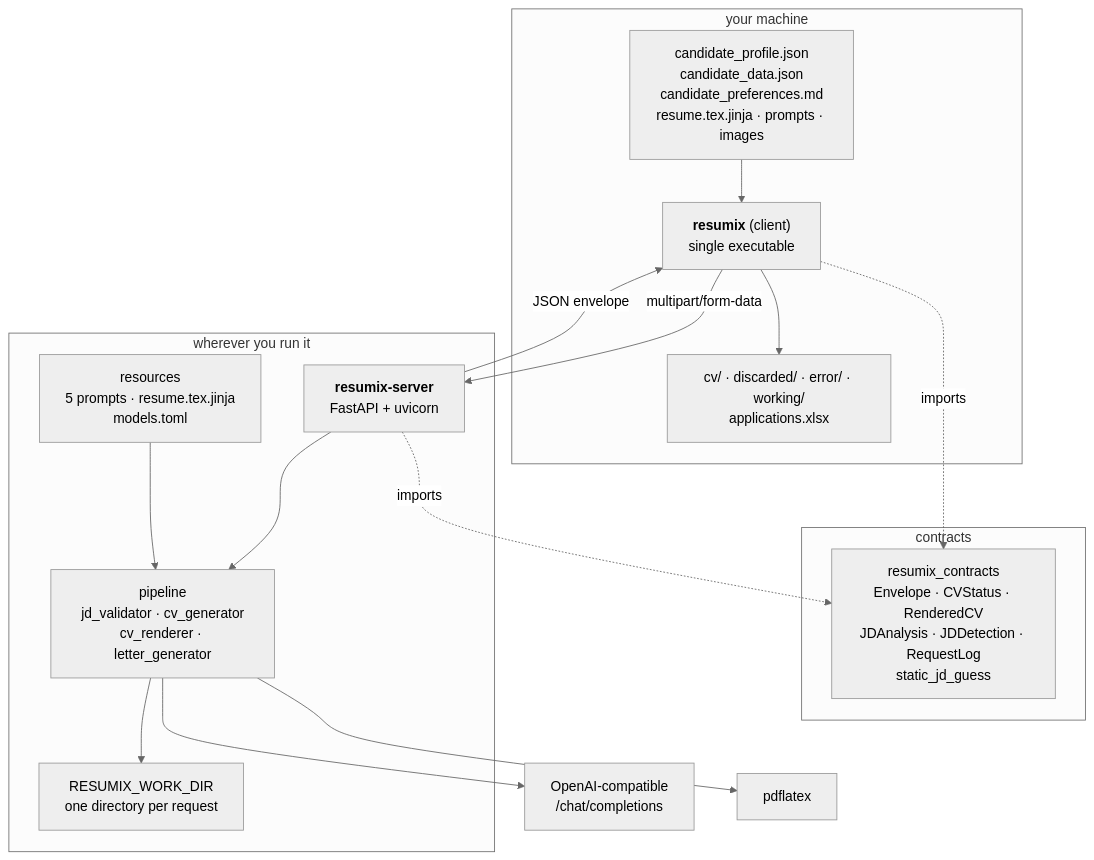
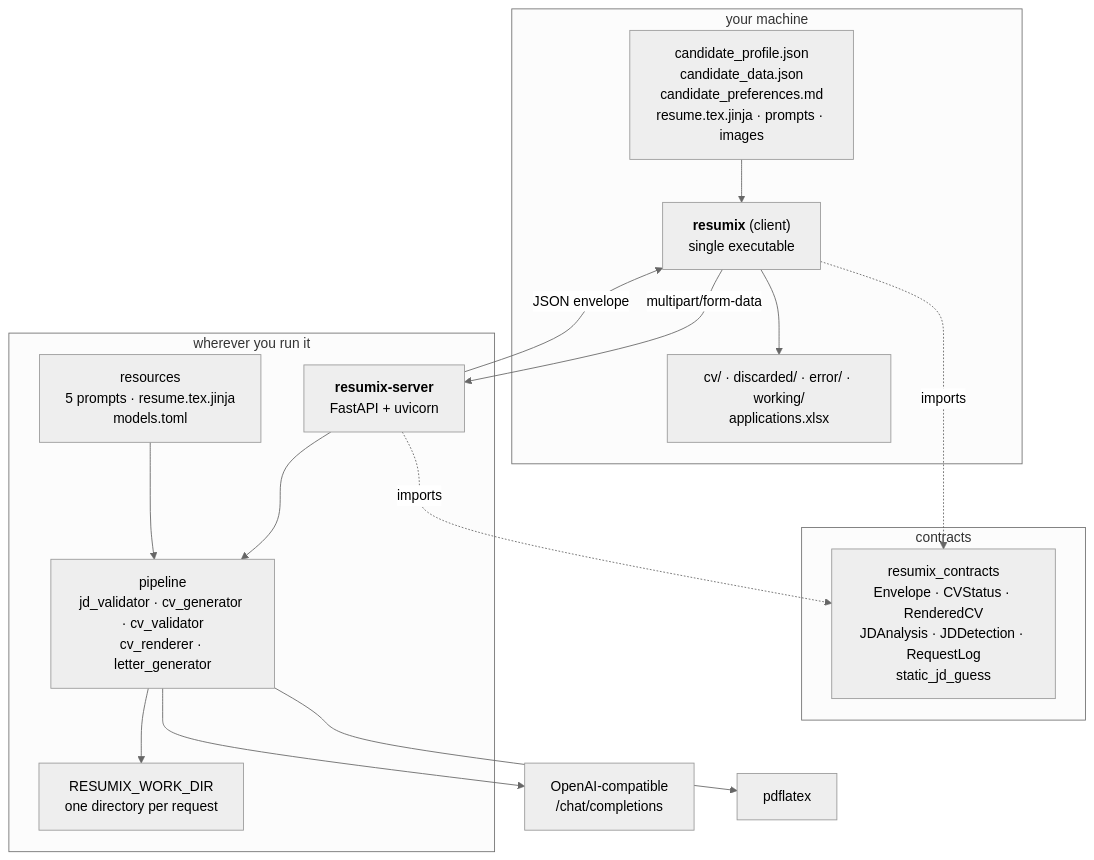
One commit to gcontini/resumix changed the first of 2 diagrams in doc/architecture.md. Above: the diagram before and after it, drawn with Mermaid (neutral theme). The commit also changed other lines of this file and 23 other files, not shown here.

````diff
--- a/doc/architecture.md
+++ b/doc/architecture.md
@@ -5,34 +5,34 @@
 ```mermaid
 flowchart TB
     subgraph your["your machine"]
         CLI["<b>resumix</b> (client)<br/>single executable"]
         FILES["candidate_profile.json<br/>candidate_data.json<br/>candidate_preferences.md<br/>resume.tex.jinja · prompts · images"]
         OUT["cv/ · discarded/ · error/ · working/<br/>applications.xlsx"]
         FILES --> CLI
         CLI --> OUT
     end
 
     subgraph wire["contracts"]
         CT["resumix_contracts<br/>Envelope · CVStatus · RenderedCV<br/>JDAnalysis · JDDetection · RequestLog<br/>static_jd_guess"]
     end
 
     subgraph host["wherever you run it"]
         API["<b>resumix-server</b><br/>FastAPI + uvicorn"]
-        PIPE["pipeline<br/>jd_validator · cv_generator<br/>cv_renderer · letter_generator"]
+        PIPE["pipeline<br/>jd_validator · cv_generator · cv_validator<br/>cv_renderer · letter_generator"]
         RES["resources<br/>5 prompts · resume.tex.jinja<br/>models.toml"]
         STORE["RESUMIX_WORK_DIR<br/>one directory per request"]
         API --> PIPE
         RES --> PIPE
         PIPE --> STORE
     end
 
     PROV["OpenAI-compatible<br/>/chat/completions"]
     TEX["pdflatex"]
 
     CLI -->|"multipart/form-data"| API
     API -->|"JSON envelope"| CLI
     CLI -.imports.-> CT
     API -.imports.-> CT
     PIPE --> PROV
     PIPE --> TEX
 ```
````
